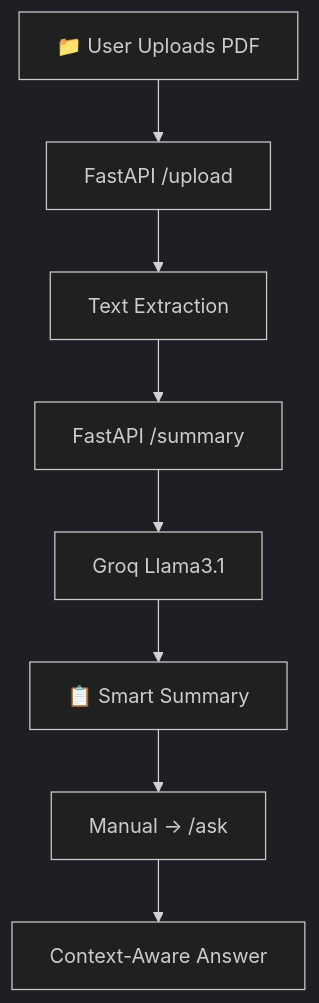
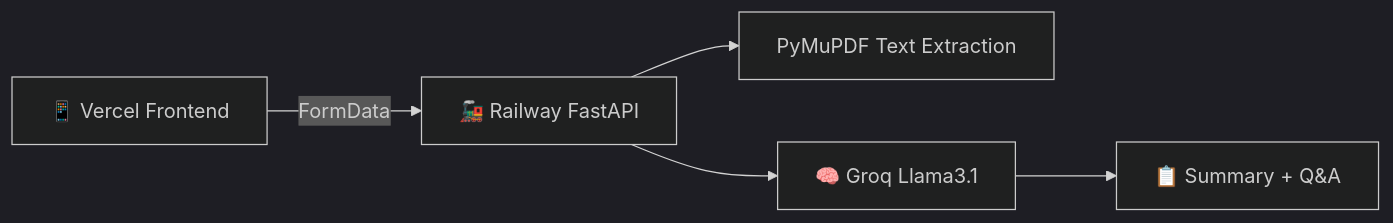
The diagram in README.md (mightynawiin/DocAI), drawn with Mermaid (dark theme) before and after one commit. The commit also changed other lines of this file, not shown here.

````diff
--- a/README.md
+++ b/README.md
@@ -61,10 +61,7 @@
 ```mermaid
-graph TD
-  A[📁 User Uploads PDF] --> B[FastAPI /upload]
-  B --> C[Text Extraction]
-  C --> D[FastAPI /summary]
-  D --> E[Groq Llama3.1]
-  E --> F[📋 Smart Summary]
-  F --> G[Manual → /ask]
-  G --> H[Context-Aware Answer]
+graph LR
+  A[📱 Vercel Frontend] -->|FormData| B[🚂 Railway FastAPI]
+  B --> C[PyMuPDF Text Extraction]
+  B --> D[🧠 Groq Llama3.1]
+  D --> E[📋 Summary + Q&A]
 ```
````
